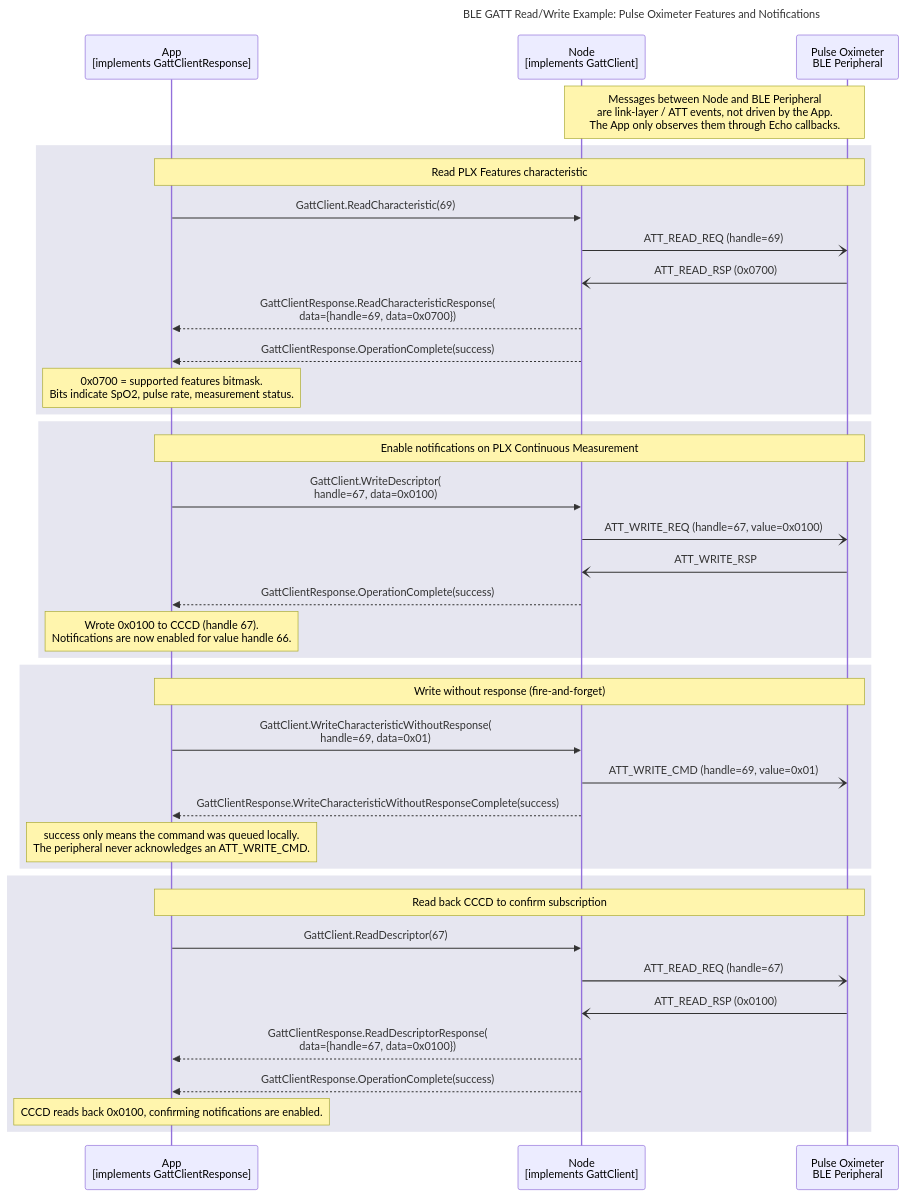
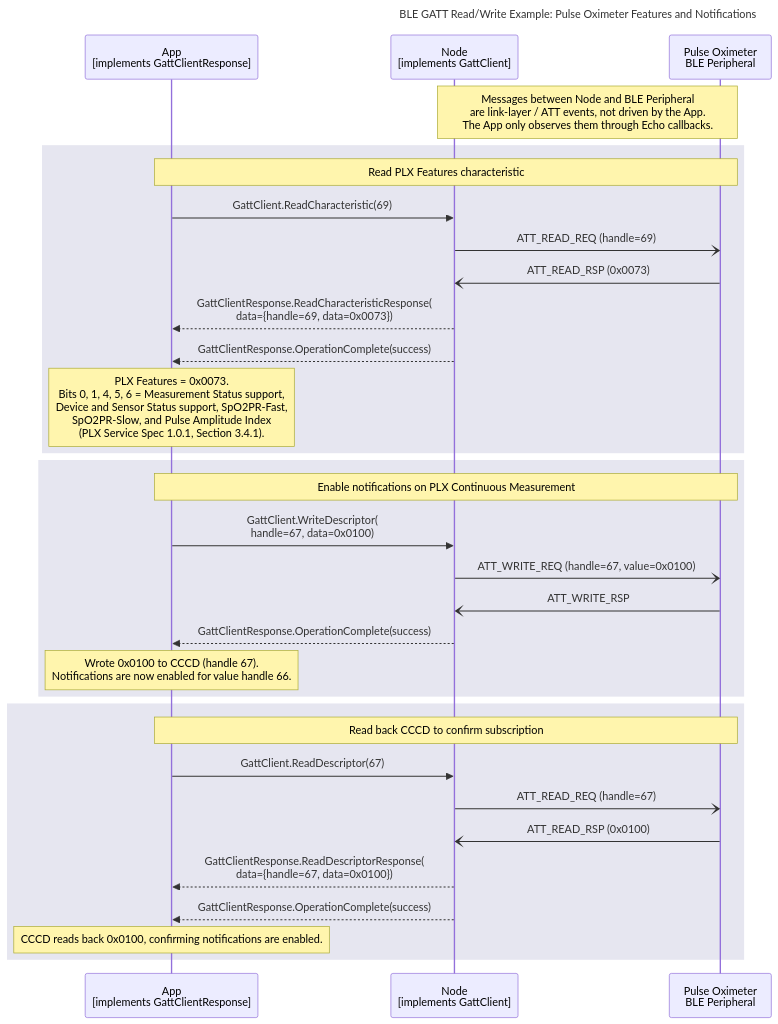
The diagram in documents/modules/ROOT/partials/echoservices/gatt_client/GattClient_ReadWrite_sequence_example.mmd (philips-software/amp-embedded-infra-lib), drawn with Mermaid before and after one commit. The commit also changed 6 other files, not shown here.

```diff
--- a/documents/modules/ROOT/partials/echoservices/gatt_client/GattClient_ReadWrite_sequence_example.mmd
+++ b/documents/modules/ROOT/partials/echoservices/gatt_client/GattClient_ReadWrite_sequence_example.mmd
@@ -1,49 +1,40 @@
 sequenceDiagram
     title BLE GATT Read/Write Example: Pulse Oximeter Features and Notifications
 
     participant App as App<br>[implements GattClientResponse]
     participant Node as Node<br>[implements GattClient]
     participant Peripheral as Pulse Oximeter<br>BLE Peripheral
 
     Note over Node, Peripheral: Messages between Node and BLE Peripheral<br>are link-layer / ATT events, not driven by the App.<br>The App only observes them through Echo callbacks.
 
     rect rgb(230, 230, 240)
         note over App, Peripheral: Read PLX Features characteristic
         App->>Node: GattClient.ReadCharacteristic(69)
         Node-)Peripheral: ATT_READ_REQ (handle=69)
-        Peripheral-)Node: ATT_READ_RSP (0x0700)
-        Node-->>App: GattClientResponse.ReadCharacteristicResponse(<br>data={handle=69, data=0x0700})
+        Peripheral-)Node: ATT_READ_RSP (0x0073)
+        Node-->>App: GattClientResponse.ReadCharacteristicResponse(<br>data={handle=69, data=0x0073})
         Node-->>App: GattClientResponse.OperationComplete(success)
 
-        note over App: 0x0700 = supported features bitmask.<br>Bits indicate SpO2, pulse rate, measurement status.
+        note over App: PLX Features = 0x0073.<br>Bits 0, 1, 4, 5, 6 = Measurement Status support,<br>Device and Sensor Status support, SpO2PR-Fast,<br>SpO2PR-Slow, and Pulse Amplitude Index<br>(PLX Service Spec 1.0.1, Section 3.4.1).
     end
 
     rect rgb(230, 230, 240)
         note over App, Peripheral: Enable notifications on PLX Continuous Measurement
         App->>Node: GattClient.WriteDescriptor(<br>handle=67, data=0x0100)
         Node-)Peripheral: ATT_WRITE_REQ (handle=67, value=0x0100)
         Peripheral-)Node: ATT_WRITE_RSP
         Node-->>App: GattClientResponse.OperationComplete(success)
 
         note over App: Wrote 0x0100 to CCCD (handle 67).<br>Notifications are now enabled for value handle 66.
     end
 
     rect rgb(230, 230, 240)
-        note over App, Peripheral: Write without response (fire-and-forget)
-        App->>Node: GattClient.WriteCharacteristicWithoutResponse(<br>handle=69, data=0x01)
-        Node-)Peripheral: ATT_WRITE_CMD (handle=69, value=0x01)
-        Node-->>App: GattClientResponse.WriteCharacteristicWithoutResponseComplete(success)
-
-        note over App: success only means the command was queued locally.<br>The peripheral never acknowledges an ATT_WRITE_CMD.
-    end
-
-    rect rgb(230, 230, 240)
         note over App, Peripheral: Read back CCCD to confirm subscription
         App->>Node: GattClient.ReadDescriptor(67)
         Node-)Peripheral: ATT_READ_REQ (handle=67)
         Peripheral-)Node: ATT_READ_RSP (0x0100)
         Node-->>App: GattClientResponse.ReadDescriptorResponse(<br>data={handle=67, data=0x0100})
         Node-->>App: GattClientResponse.OperationComplete(success)
 
         note over App: CCCD reads back 0x0100, confirming notifications are enabled.
     end
```
